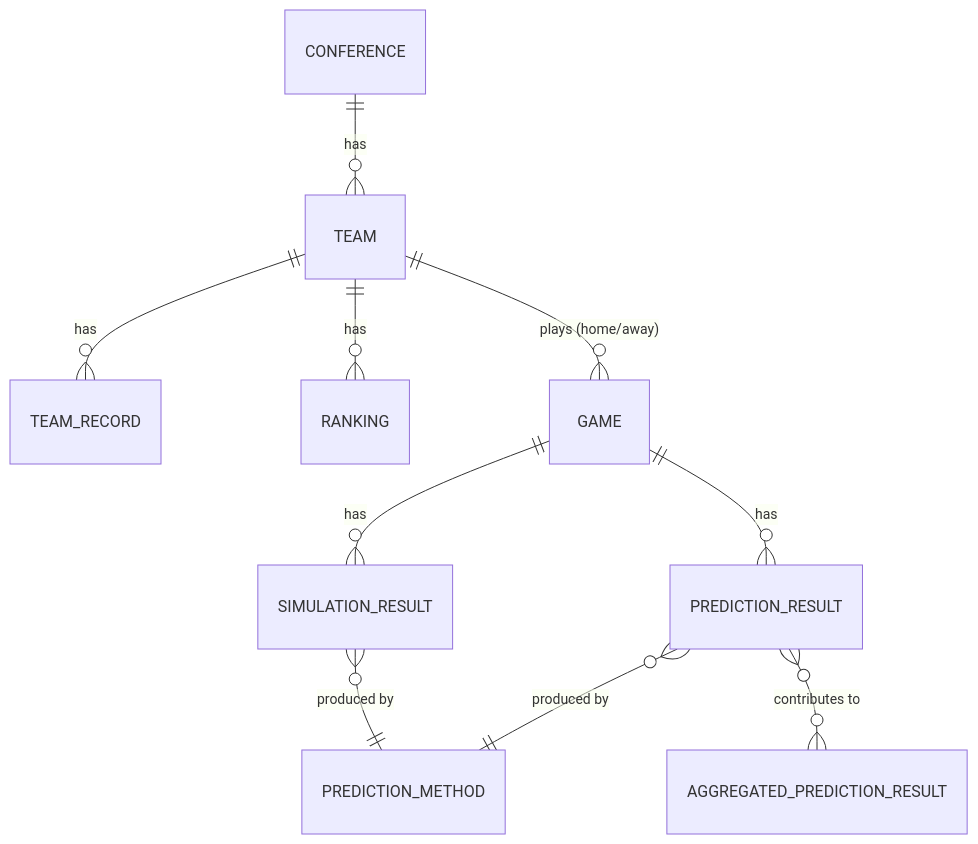
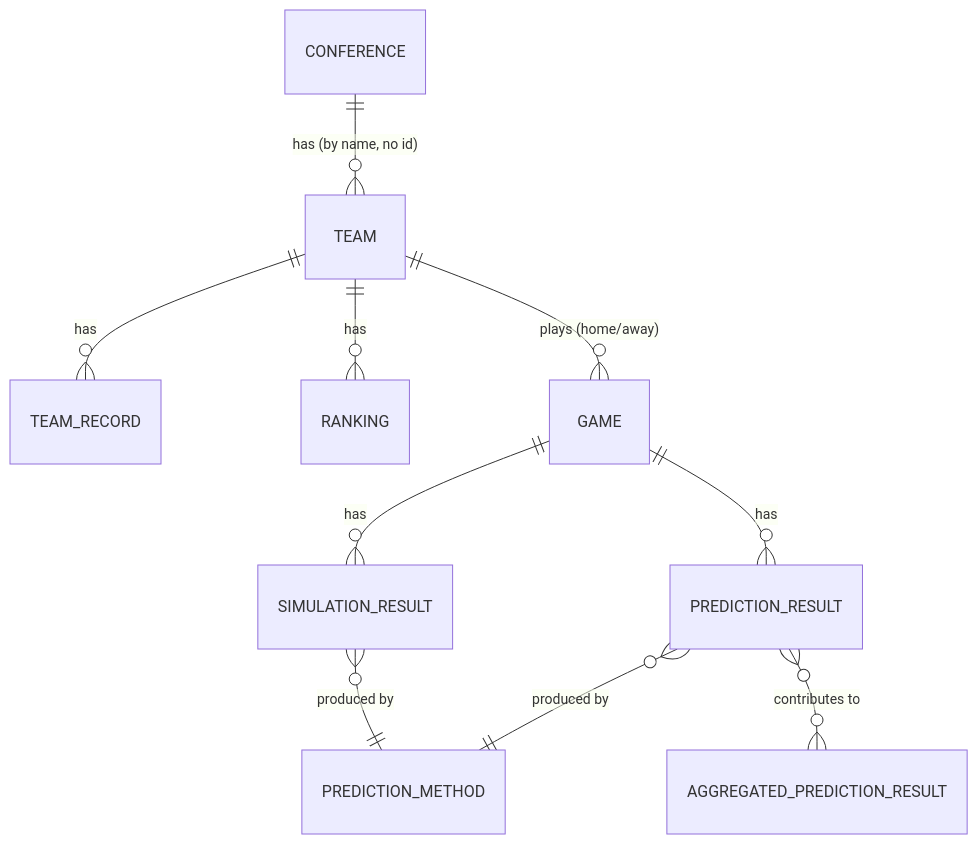
One commit to Hyaxon/gamesense changed the diagram in docs/architecture/domain-model.md. Above: the diagram before and after it, drawn with Mermaid. The commit also changed other lines of this file and 4 other files, not shown here.

First line of the commit message:
Address review feedback: conference by name, drop division, file headers

````diff
--- a/docs/architecture/domain-model.md
+++ b/docs/architecture/domain-model.md
@@ -17,12 +17,12 @@
 ```mermaid
 erDiagram
-    CONFERENCE ||--o{ TEAM : has
+    CONFERENCE ||--o{ TEAM : "has (by name, no id)"
     TEAM ||--o{ TEAM_RECORD : has
     TEAM ||--o{ RANKING : has
     TEAM ||--o{ GAME : "plays (home/away)"
     GAME ||--o{ PREDICTION_RESULT : has
     GAME ||--o{ SIMULATION_RESULT : has
     PREDICTION_RESULT }o--|| PREDICTION_METHOD : "produced by"
     SIMULATION_RESULT }o--|| PREDICTION_METHOD : "produced by"
     PREDICTION_RESULT }o--o{ AGGREGATED_PREDICTION_RESULT : "contributes to"
 ```
````
